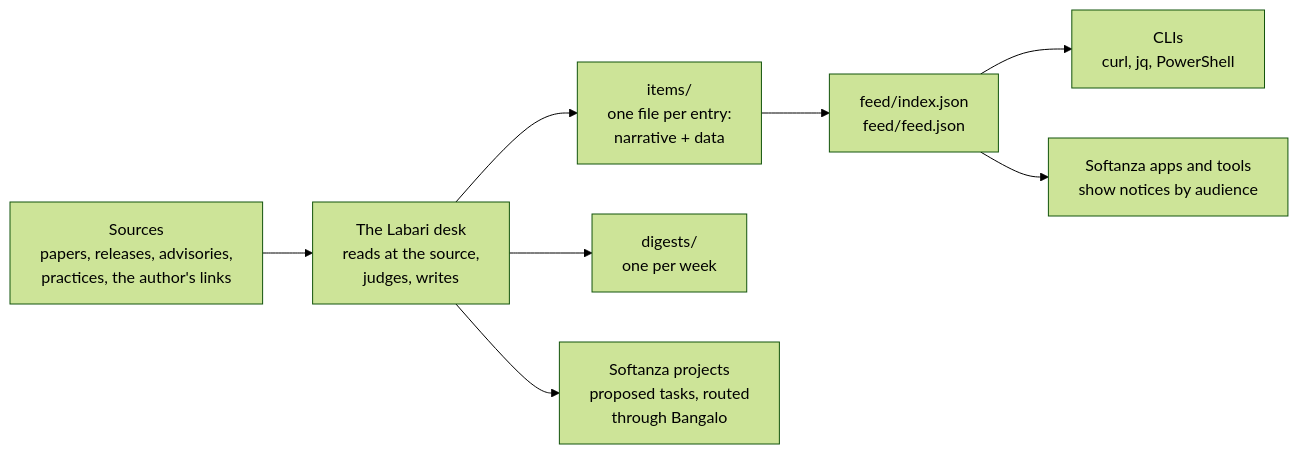
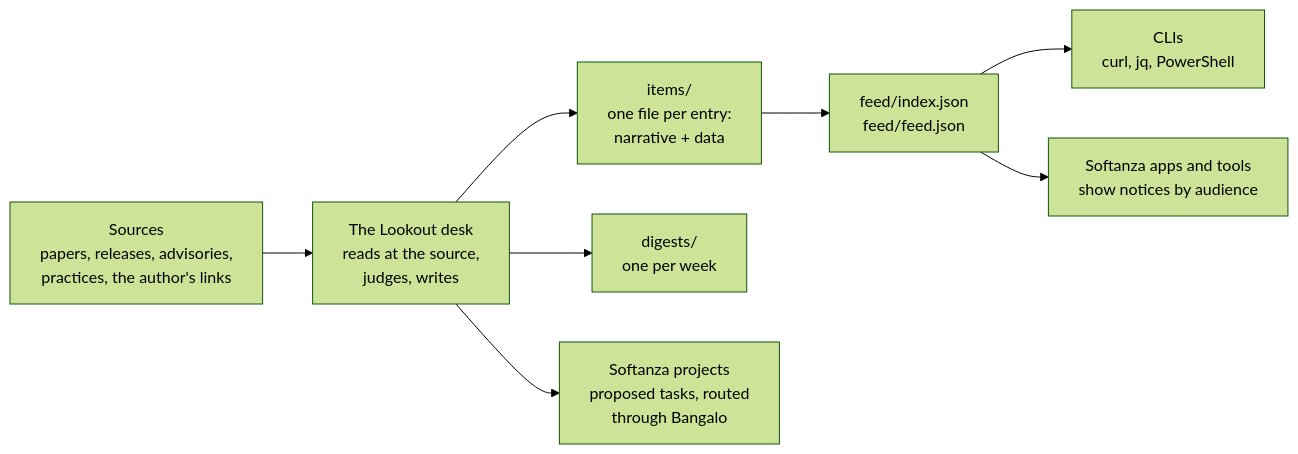
Before and after one commit to mayouni/stzradar: the diagram in README.md, drawn with Mermaid (forest theme). The commit also changed other lines of this file and 10 other files, not shown here.

````diff
--- a/README.md
+++ b/README.md
@@ -22,10 +22,10 @@
 ```mermaid
 flowchart LR
-  S["Sources<br/>papers, releases, advisories,<br/>practices, the author's links"] --> D["The Labari desk<br/>reads at the source,<br/>judges, writes"]
+  S["Sources<br/>papers, releases, advisories,<br/>practices, the author's links"] --> D["The Lookout desk<br/>reads at the source,<br/>judges, writes"]
   D --> I["items/<br/>one file per entry:<br/>narrative + data"]
   D --> W["digests/<br/>one per week"]
   I --> F["feed/index.json<br/>feed/feed.json"]
   F --> C["CLIs<br/>curl, jq, PowerShell"]
   F --> A["Softanza apps and tools<br/>show notices by audience"]
   D --> R["Softanza projects<br/>proposed tasks, routed<br/>through Bangalo"]
 ```
````
